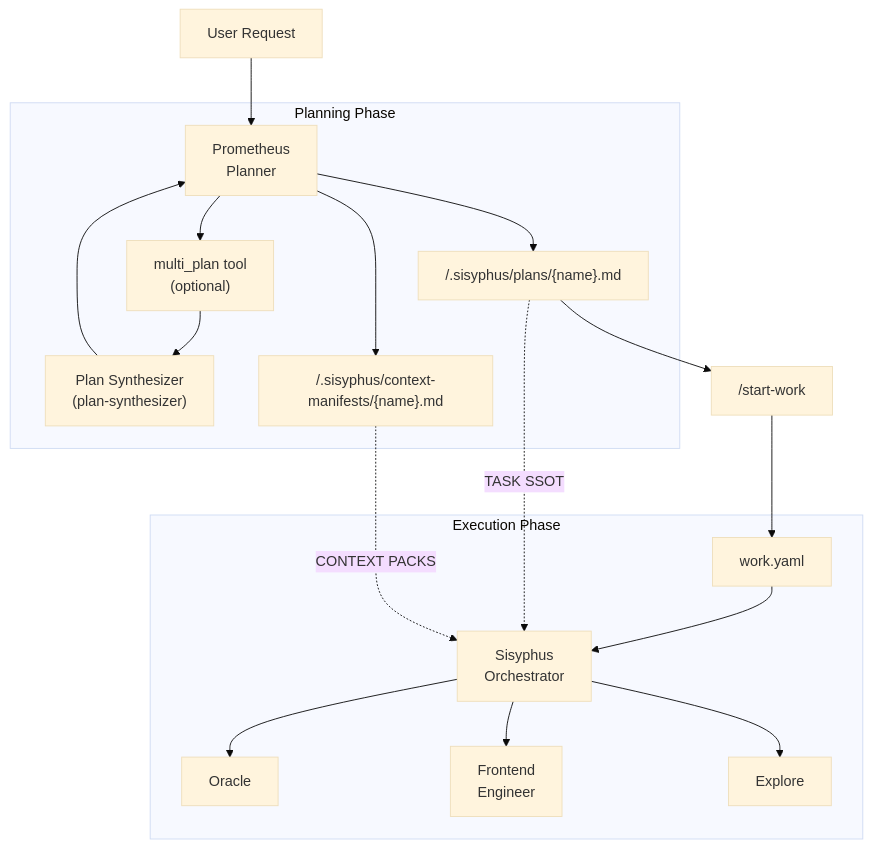
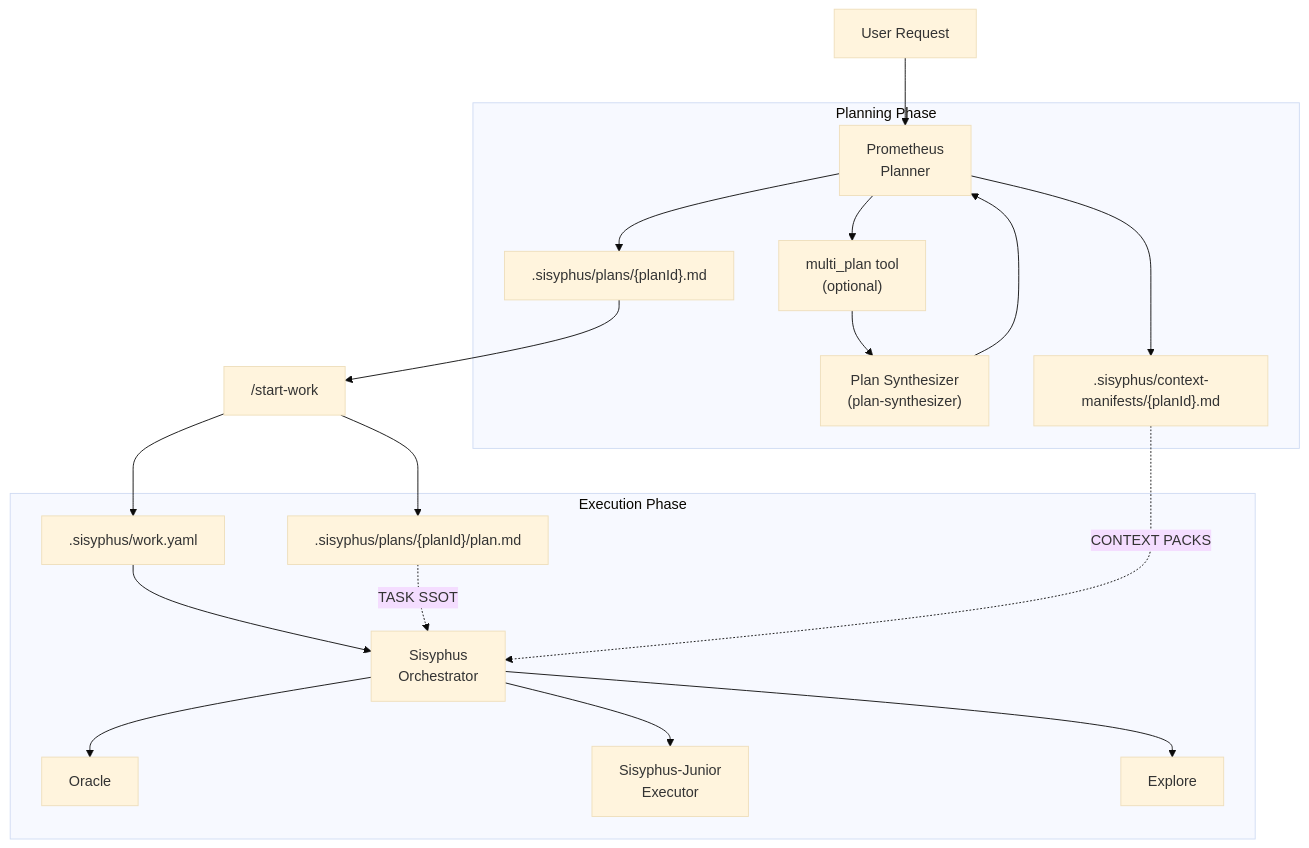
The second of 2 diagrams in docs/guide/orchestration.md (arcthur/oh-my-opencode), drawn with Mermaid (base theme) before and after one commit. The commit also changed other lines of this file and 49 other files, not shown here.

````diff
--- a/docs/guide/orchestration.md
+++ b/docs/guide/orchestration.md
@@ -41,24 +41,25 @@
 ```mermaid
 flowchart TD
     User[User Request] --> Prometheus
 
     subgraph Planning Phase
         Prometheus["Prometheus<br>Planner"] --> MultiPlan["multi_plan tool<br>(optional)"]
         MultiPlan --> Synth["Plan Synthesizer<br>(plan-synthesizer)"]
         Synth --> Prometheus
-        Prometheus --> PlanFile["/.sisyphus/plans/{name}.md"]
-        Prometheus --> ManifestFile["/.sisyphus/context-manifests/{name}.md"]
+        Prometheus --> PlanDraft[".sisyphus/plans/{planId}.md"]
+        Prometheus --> ManifestFile[".sisyphus/context-manifests/{planId}.md"]
     end
 
-    PlanFile --> StartWork["/start-work"]
-    StartWork --> WorkState[work.yaml]
+    PlanDraft --> StartWork["/start-work"]
+    StartWork --> WorkState[".sisyphus/work.yaml"]
+    StartWork --> ExecPlan[".sisyphus/plans/{planId}/plan.md"]
 
     subgraph Execution Phase
         WorkState --> Sisyphus[Sisyphus<br>Orchestrator]
-        PlanFile -.-> |"TASK SSOT"| Sisyphus
+        ExecPlan -.-> |"TASK SSOT"| Sisyphus
         ManifestFile -.-> |"CONTEXT PACKS"| Sisyphus
         Sisyphus --> Oracle[Oracle]
-        Sisyphus --> Frontend[Frontend<br>Engineer]
+        Sisyphus --> Junior["Sisyphus-Junior<br>Executor"]
         Sisyphus --> Explore[Explore]
     end
 ```
````
